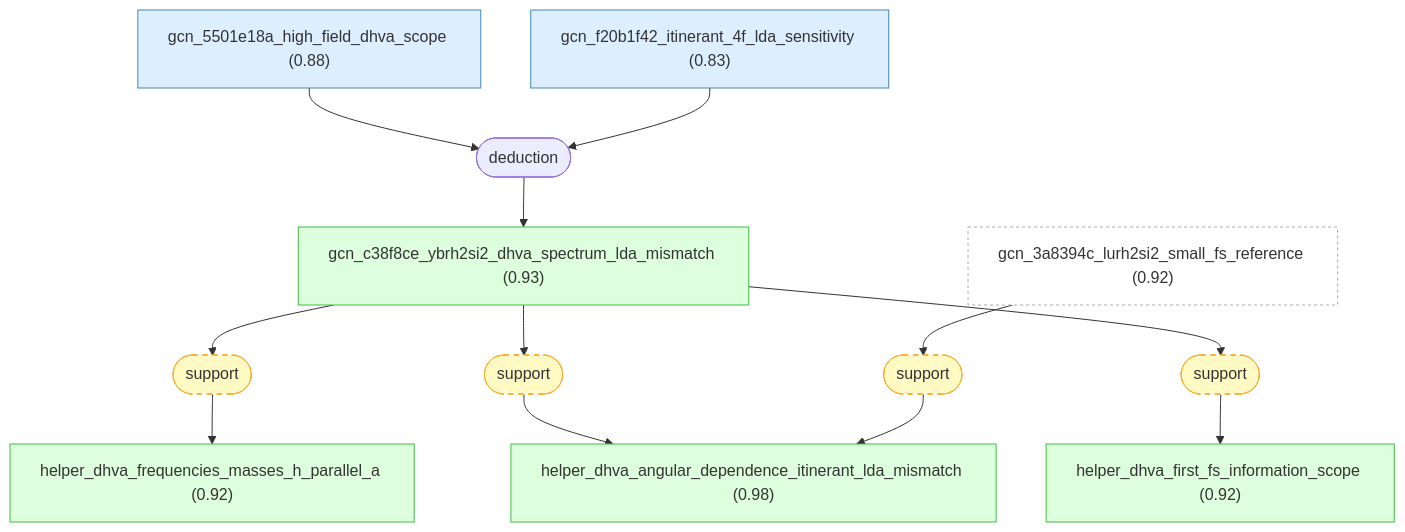
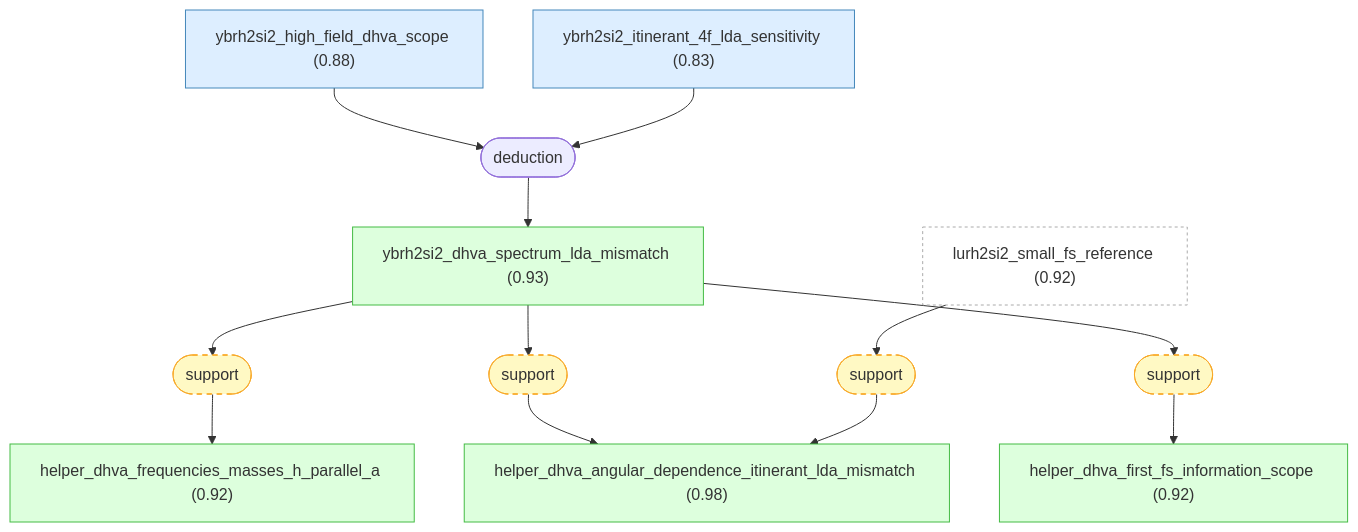
Before and after one commit to Callo42/fermi-liquid-effective-mass-gaia: the fourth of 13 diagrams in docs/detailed-reasoning.md, drawn with Mermaid. The commit also changed other lines of this file and 33 other files, not shown here.

````diff
--- a/docs/detailed-reasoning.md
+++ b/docs/detailed-reasoning.md
@@ -560,36 +560,36 @@
 ```mermaid
 graph TD
-    gcn_5501e18a_high_field_dhva_scope["gcn_5501e18a_high_field_dhva_scope (0.88)"]:::premise
-    gcn_f20b1f42_itinerant_4f_lda_sensitivity["gcn_f20b1f42_itinerant_4f_lda_sensitivity (0.83)"]:::premise
-    gcn_c38f8ce_ybrh2si2_dhva_spectrum_lda_mismatch["gcn_c38f8ce_ybrh2si2_dhva_spectrum_lda_mismatch (0.93)"]:::derived
+    ybrh2si2_high_field_dhva_scope["ybrh2si2_high_field_dhva_scope (0.88)"]:::premise
+    ybrh2si2_itinerant_4f_lda_sensitivity["ybrh2si2_itinerant_4f_lda_sensitivity (0.83)"]:::premise
+    ybrh2si2_dhva_spectrum_lda_mismatch["ybrh2si2_dhva_spectrum_lda_mismatch (0.93)"]:::derived
     helper_dhva_frequencies_masses_h_parallel_a["helper_dhva_frequencies_masses_h_parallel_a (0.92)"]:::derived
     helper_dhva_angular_dependence_itinerant_lda_mismatch["helper_dhva_angular_dependence_itinerant_lda_mismatch (0.98)"]:::derived
     helper_dhva_first_fs_information_scope["helper_dhva_first_fs_information_scope (0.92)"]:::derived
-    gcn_3a8394c_lurh2si2_small_fs_reference["gcn_3a8394c_lurh2si2_small_fs_reference (0.92)"]:::external
+    lurh2si2_small_fs_reference["lurh2si2_small_fs_reference (0.92)"]:::external
     strat_6(["deduction"])
-    gcn_5501e18a_high_field_dhva_scope --> strat_6
-    gcn_f20b1f42_itinerant_4f_lda_sensitivity --> strat_6
-    strat_6 --> gcn_c38f8ce_ybrh2si2_dhva_spectrum_lda_mismatch
+    ybrh2si2_high_field_dhva_scope --> strat_6
+    ybrh2si2_itinerant_4f_lda_sensitivity --> strat_6
+    strat_6 --> ybrh2si2_dhva_spectrum_lda_mismatch
     strat_7(["support"]):::weak
-    gcn_c38f8ce_ybrh2si2_dhva_spectrum_lda_mismatch --> strat_7
+    ybrh2si2_dhva_spectrum_lda_mismatch --> strat_7
     strat_7 --> helper_dhva_frequencies_masses_h_parallel_a
     strat_8(["support"]):::weak
-    gcn_c38f8ce_ybrh2si2_dhva_spectrum_lda_mismatch --> strat_8
+    ybrh2si2_dhva_spectrum_lda_mismatch --> strat_8
     strat_8 --> helper_dhva_angular_dependence_itinerant_lda_mismatch
     strat_9(["support"]):::weak
-    gcn_c38f8ce_ybrh2si2_dhva_spectrum_lda_mismatch --> strat_9
+    ybrh2si2_dhva_spectrum_lda_mismatch --> strat_9
     strat_9 --> helper_dhva_first_fs_information_scope
     strat_21(["support"]):::weak
-    gcn_3a8394c_lurh2si2_small_fs_reference --> strat_21
+    lurh2si2_small_fs_reference --> strat_21
     strat_21 --> helper_dhva_angular_dependence_itinerant_lda_mismatch
 
     classDef setting fill:#f0f0f0,stroke:#999,color:#333
     classDef premise fill:#ddeeff,stroke:#4488bb,color:#333
     classDef derived fill:#ddffdd,stroke:#44bb44,color:#333
     classDef question fill:#fff3dd,stroke:#cc9944,color:#333
     classDef background fill:#f5f5f5,stroke:#bbb,stroke-dasharray: 5 5,color:#333
     classDef orphan fill:#fff,stroke:#ccc,stroke-dasharray: 5 5,color:#333
     classDef external fill:#fff,stroke:#aaa,stroke-dasharray: 3 3,color:#333
     classDef weak fill:#fff9c4,stroke:#f9a825,stroke-dasharray: 5 5,color:#333
     classDef contra fill:#ffebee,stroke:#c62828,color:#333
 ```
````
